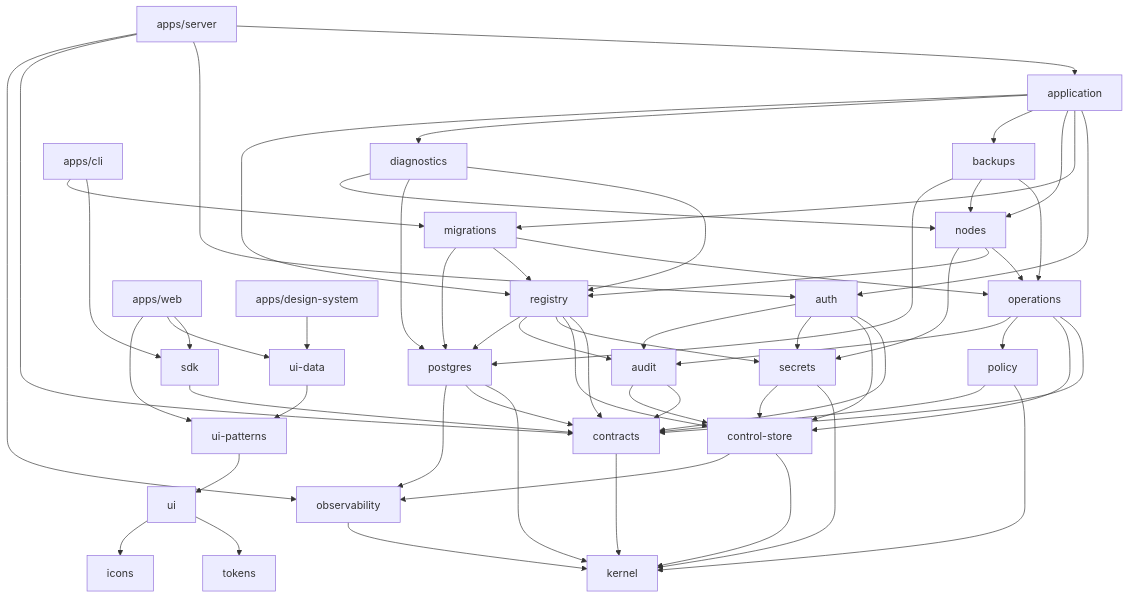
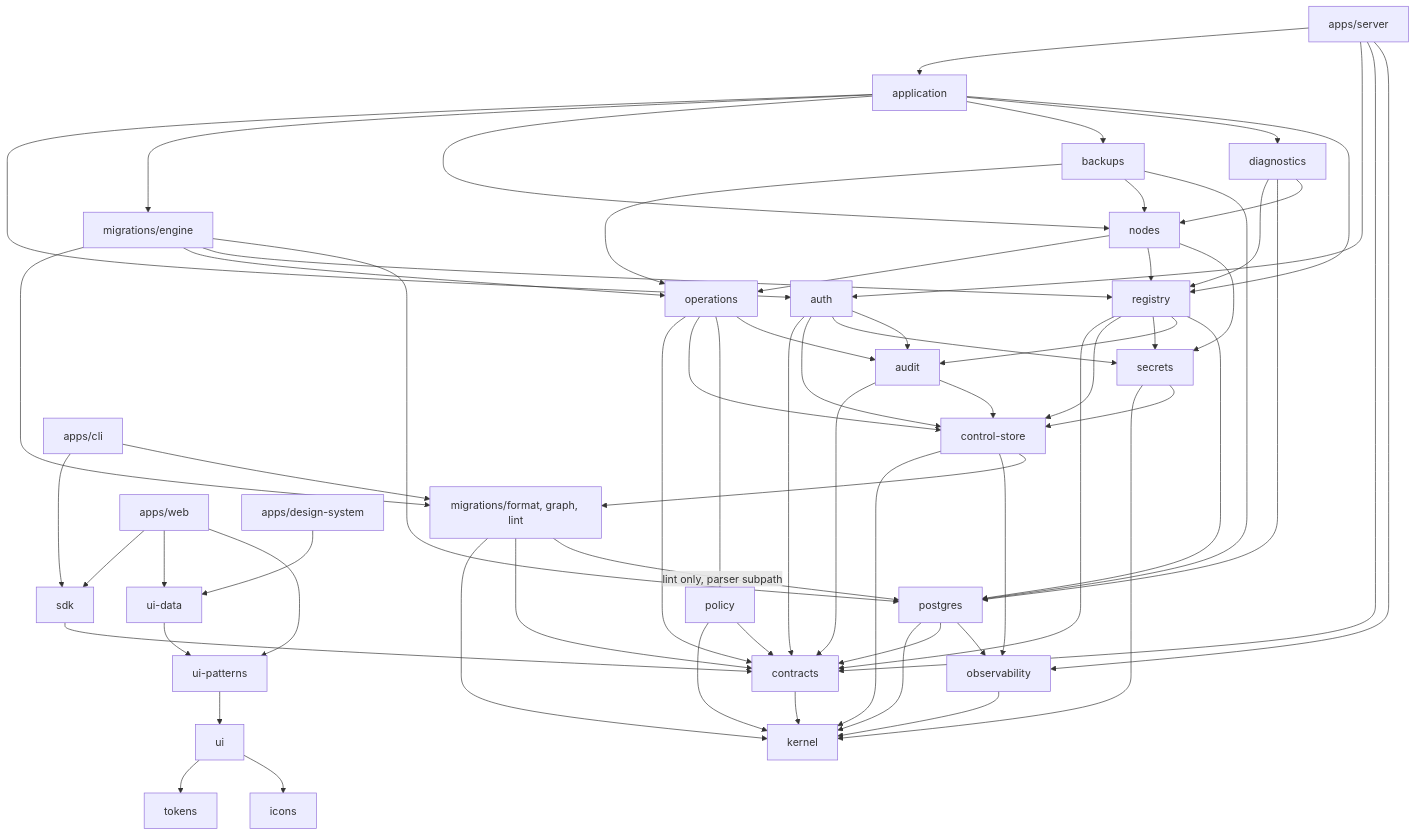
One commit to davdxpx/ExponetDB changed the diagram in exponetdb-docs/01-architecture/package-architecture.md. Above: the diagram before and after it, drawn with Mermaid. The commit also changed other lines of this file and 9 other files, not shown here.

````diff
--- a/exponetdb-docs/01-architecture/package-architecture.md
+++ b/exponetdb-docs/01-architecture/package-architecture.md
@@ -81,63 +124,68 @@
 ```mermaid
 graph TD
   kernel
   contracts --> kernel
   observability --> kernel
   controlstore[control-store] --> kernel
   controlstore --> observability
+  controlstore --> migpure
+  migpure[migrations/format, graph, lint] --> kernel
+  migpure --> contracts
+  migpure -- lint only, parser subpath --> postgres
   secrets --> kernel
   secrets --> controlstore
   audit --> contracts
   audit --> controlstore
   postgres --> kernel
   postgres --> contracts
   postgres --> observability
   policy --> kernel
   policy --> contracts
   auth --> contracts
   auth --> controlstore
   auth --> secrets
   auth --> audit
   registry --> contracts
   registry --> controlstore
   registry --> secrets
   registry --> audit
   registry --> postgres
   operations --> contracts
   operations --> controlstore
   operations --> policy
   operations --> audit
-  migrations --> operations
-  migrations --> registry
-  migrations --> postgres
+  migengine[migrations/engine] --> migpure
+  migengine --> operations
+  migengine --> registry
+  migengine --> postgres
   nodes --> operations
   nodes --> registry
   nodes --> secrets
   backups --> operations
   backups --> nodes
   backups --> postgres
   diagnostics --> registry
   diagnostics --> postgres
   diagnostics --> nodes
   application --> auth
-  application --> migrations
+  application --> migengine
   application --> nodes
   application --> backups
   application --> diagnostics
   application --> registry
   server[apps/server] --> application
   server --> auth
   server --> contracts
   server --> observability
   sdk --> contracts
   cli[apps/cli] --> sdk
-  cli --> migrations
+  cli --> migpure
   web[apps/web] --> sdk
   web --> uidata[ui-data]
   web --> uipatterns[ui-patterns]
   uidata --> uipatterns
   uipatterns --> ui
   ui --> tokens
   ui --> icons
   ds[apps/design-system] --> uidata
 ```
````
